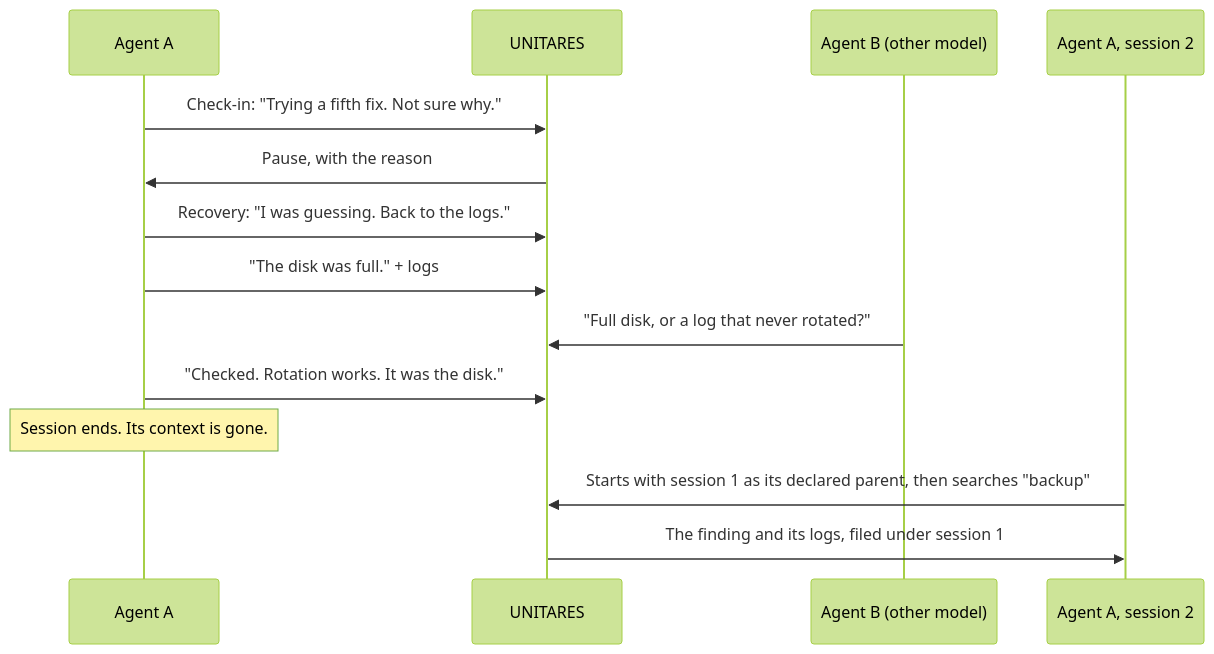
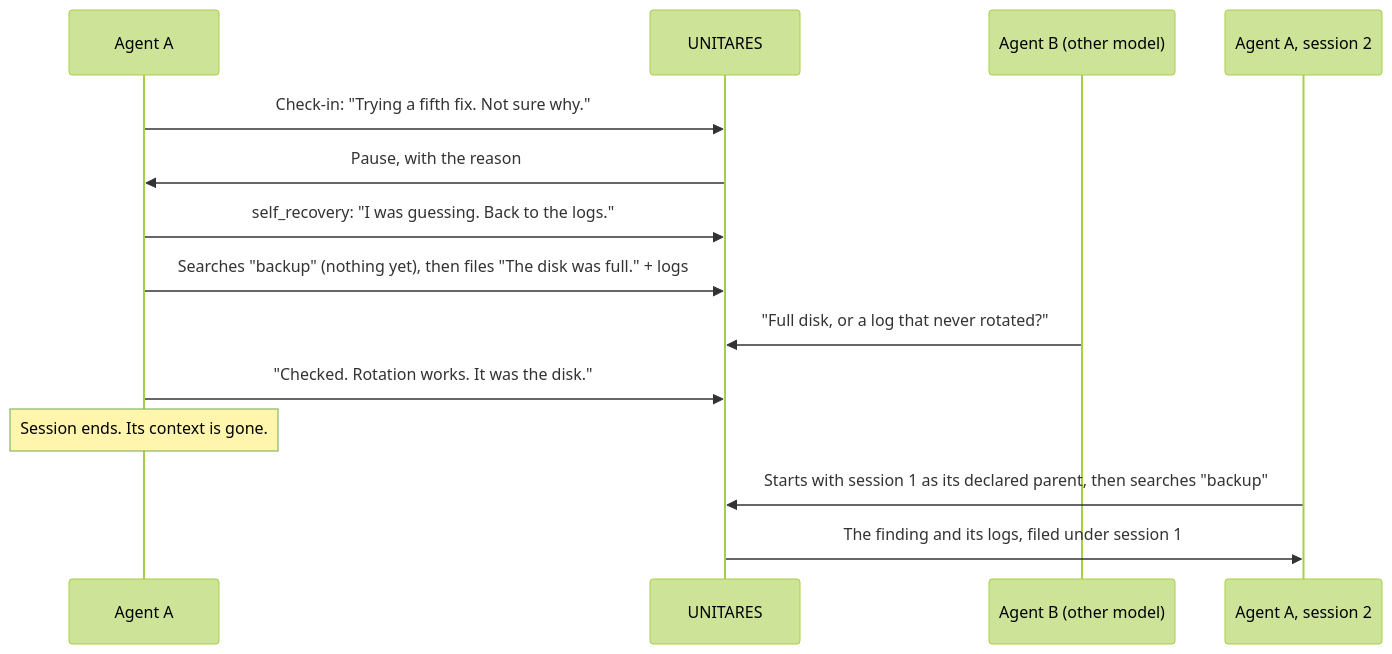
One commit to cirwel/unitares changed the diagram in README.md. Above: the diagram before and after it, drawn with Mermaid (forest theme). The commit also changed other lines of this file, not shown here.

Commit message:
docs(readme): name self_recovery and dialectic; show the search before the write
The paused agent recovers through self_recovery before it writes again, the
first agent searches before filing its finding, and the layer table lists
the tools each depicted step needs.

````diff
--- a/README.md
+++ b/README.md
@@ -29,16 +29,16 @@
 ```mermaid
 sequenceDiagram
     participant A as Agent A
     participant U as UNITARES
     participant B as Agent B (other model)
     participant A2 as Agent A, session 2
     A->>U: Check-in: "Trying a fifth fix. Not sure why."
     U->>A: Pause, with the reason
-    A->>U: Recovery: "I was guessing. Back to the logs."
-    A->>U: "The disk was full." + logs
+    A->>U: self_recovery: "I was guessing. Back to the logs."
+    A->>U: Searches "backup" (nothing yet), then files "The disk was full." + logs
     B->>U: "Full disk, or a log that never rotated?"
     A->>U: "Checked. Rotation works. It was the disk."
     Note over A: Session ends. Its context is gone.
     A2->>U: Starts with session 1 as its declared parent, then searches "backup"
     U->>A2: The finding and its logs, filed under session 1
 ```
````
